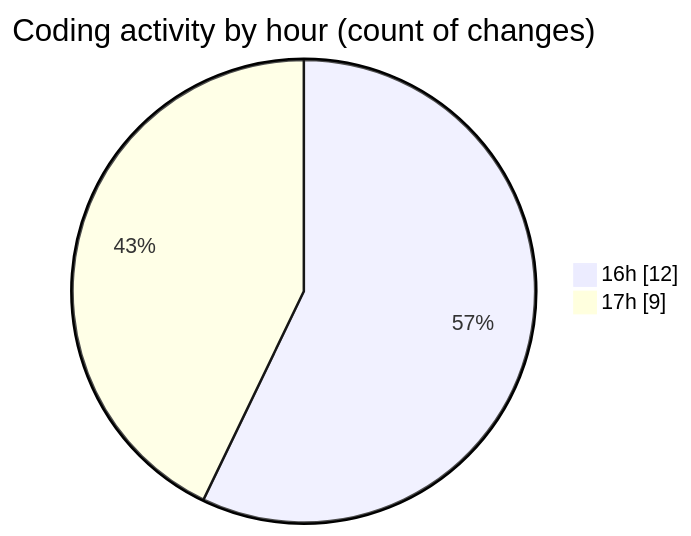
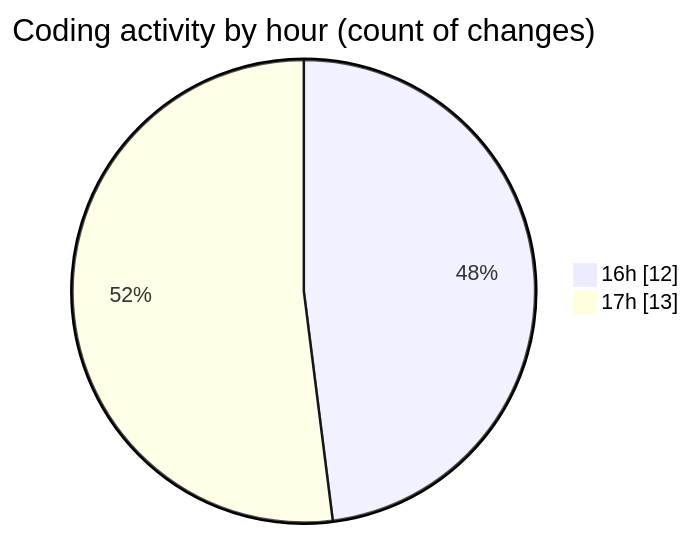
One commit to EIIisD/code-tracking changed the second of 2 diagrams in 2025-08-05/tw-server/README.md. Above: the diagram before and after it, drawn with Mermaid. The commit also changed other lines of this file and 1 other file, not shown here.

````diff
--- a/2025-08-05/tw-server/README.md
+++ b/2025-08-05/tw-server/README.md
@@ -37,6 +38,6 @@
 ```mermaid
 pie showData
 title Coding activity by hour (count of changes)
 "16h" : 12
-"17h" : 9
+"17h" : 13
 ```
````
